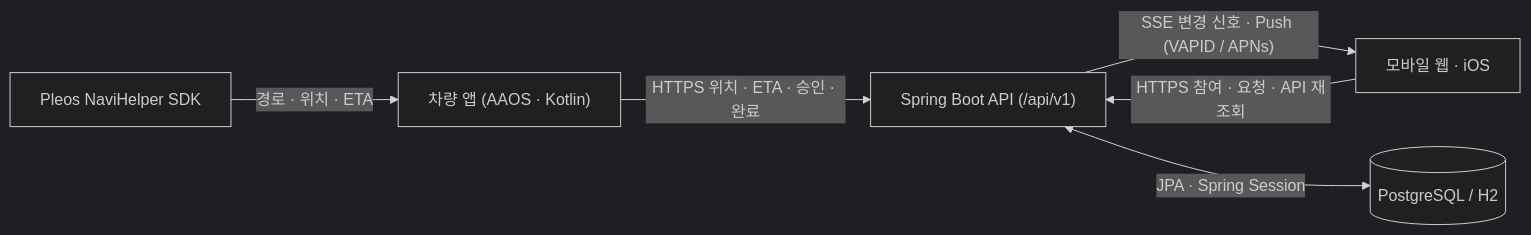
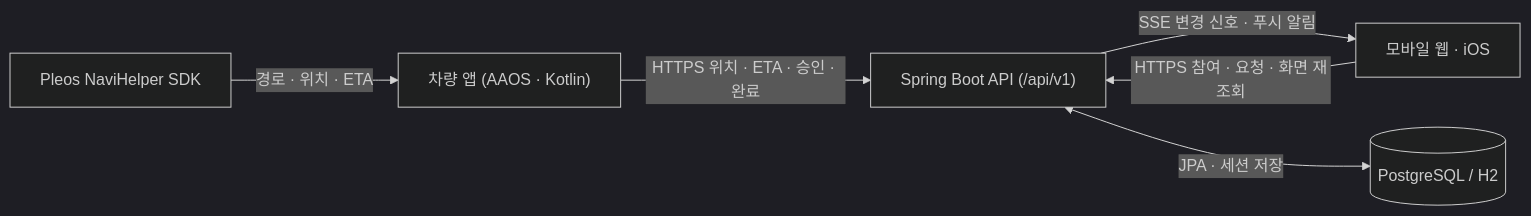
The diagram in README.md (majung-team/majung-backend), drawn with Mermaid (dark theme) before and after one commit. The commit also changed other lines of this file, not shown here.

````diff
--- a/README.md
+++ b/README.md
@@ -51,8 +51,8 @@
 ```mermaid
 flowchart LR
     SDK["Pleos NaviHelper SDK"] -->|"경로 · 위치 · ETA"| Vehicle["차량 앱 (AAOS · Kotlin)"]
     Vehicle -->|"HTTPS 위치 · ETA · 승인 · 완료"| API["Spring Boot API (/api/v1)"]
-    Client["모바일 웹 · iOS"] -->|"HTTPS 참여 · 요청 · API 재조회"| API
-    API -->|"SSE 변경 신호 · Push (VAPID / APNs)"| Client
-    API <-->|"JPA · Spring Session"| DB[("PostgreSQL / H2")]
+    Client["모바일 웹 · iOS"] -->|"HTTPS 참여 · 요청 · 화면 재조회"| API
+    API -->|"SSE 변경 신호 · 푸시 알림"| Client
+    API <-->|"JPA · 세션 저장"| DB[("PostgreSQL / H2")]
 ```
````
